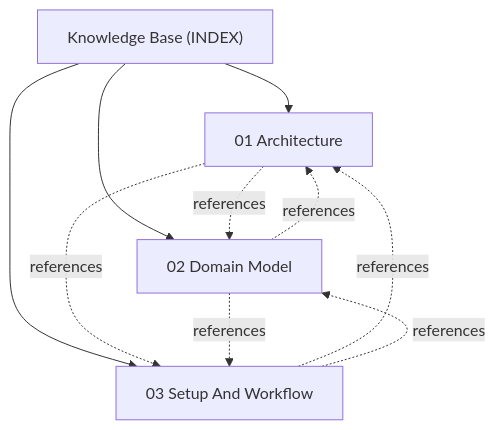
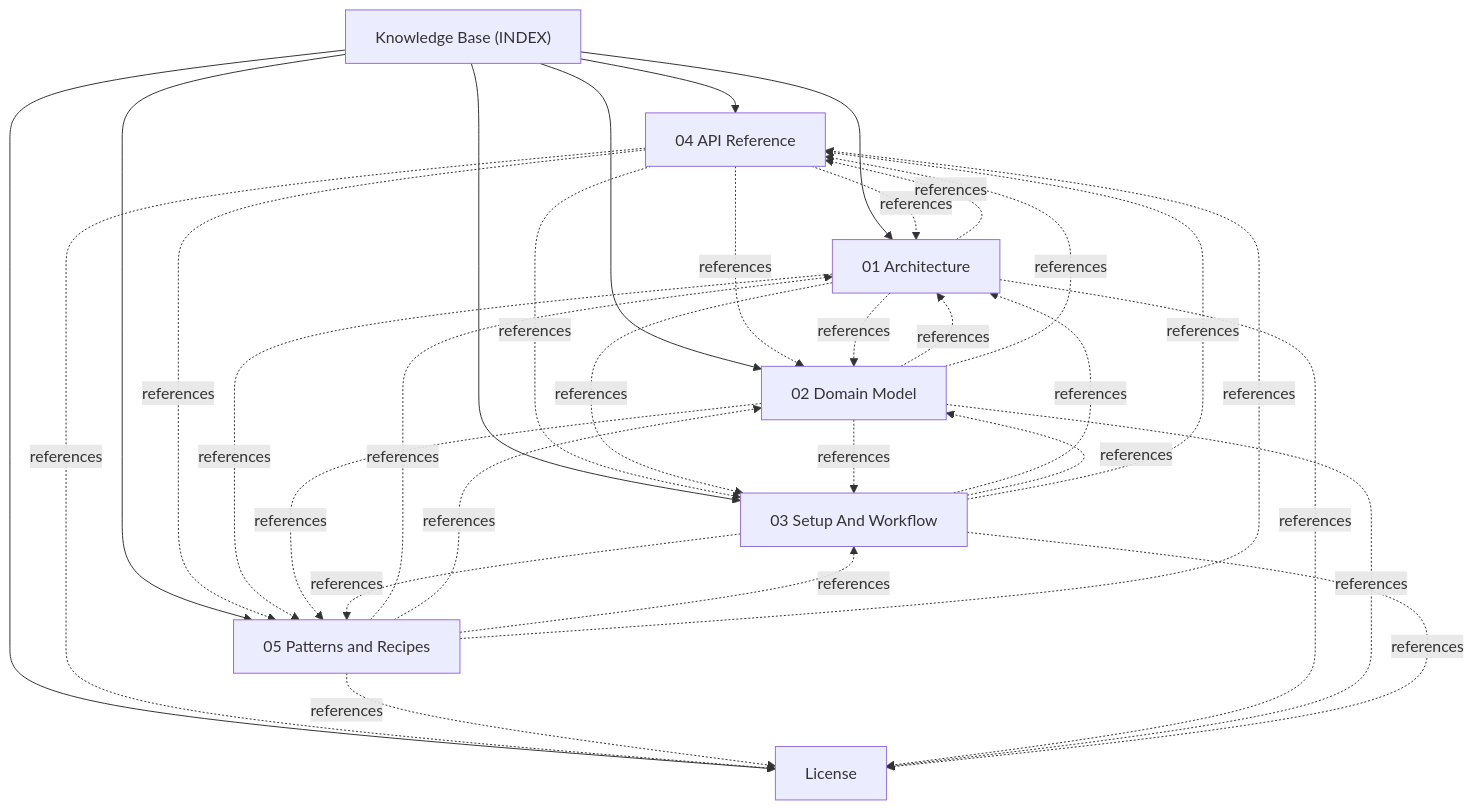
The diagram in docs/INDEX.md (actdim/utico), drawn with Mermaid before and after one commit. The commit also changed other lines of this file and 4 other files, not shown here.

````diff
--- a/docs/INDEX.md
+++ b/docs/INDEX.md
@@ -17,16 +17,41 @@
 ```mermaid
 flowchart TD
     INDEX["Knowledge Base (INDEX)"]
+    T_04_API_REFERENCE["04 API Reference"]
+    INDEX --> T_04_API_REFERENCE
+    T_05_PATTERNS_AND_RECIPES["05 Patterns and Recipes"]
+    INDEX --> T_05_PATTERNS_AND_RECIPES
     T_ARCHITECTURE["01 Architecture"]
     INDEX --> T_ARCHITECTURE
     T_DOMAIN_MODEL["02 Domain Model"]
     INDEX --> T_DOMAIN_MODEL
+    T_LICENSE["License"]
+    INDEX --> T_LICENSE
     T_SETUP_AND_WORKFLOW["03 Setup And Workflow"]
     INDEX --> T_SETUP_AND_WORKFLOW
+    T_04_API_REFERENCE -.->|references| T_ARCHITECTURE
+    T_04_API_REFERENCE -.->|references| T_DOMAIN_MODEL
+    T_04_API_REFERENCE -.->|references| T_SETUP_AND_WORKFLOW
+    T_04_API_REFERENCE -.->|references| T_05_PATTERNS_AND_RECIPES
+    T_04_API_REFERENCE -.->|references| T_LICENSE
+    T_05_PATTERNS_AND_RECIPES -.->|references| T_ARCHITECTURE
+    T_05_PATTERNS_AND_RECIPES -.->|references| T_DOMAIN_MODEL
+    T_05_PATTERNS_AND_RECIPES -.->|references| T_SETUP_AND_WORKFLOW
+    T_05_PATTERNS_AND_RECIPES -.->|references| T_04_API_REFERENCE
+    T_05_PATTERNS_AND_RECIPES -.->|references| T_LICENSE
     T_ARCHITECTURE -.->|references| T_DOMAIN_MODEL
     T_ARCHITECTURE -.->|references| T_SETUP_AND_WORKFLOW
+    T_ARCHITECTURE -.->|references| T_04_API_REFERENCE
+    T_ARCHITECTURE -.->|references| T_05_PATTERNS_AND_RECIPES
+    T_ARCHITECTURE -.->|references| T_LICENSE
     T_DOMAIN_MODEL -.->|references| T_ARCHITECTURE
     T_DOMAIN_MODEL -.->|references| T_SETUP_AND_WORKFLOW
+    T_DOMAIN_MODEL -.->|references| T_04_API_REFERENCE
+    T_DOMAIN_MODEL -.->|references| T_05_PATTERNS_AND_RECIPES
+    T_DOMAIN_MODEL -.->|references| T_LICENSE
     T_SETUP_AND_WORKFLOW -.->|references| T_ARCHITECTURE
     T_SETUP_AND_WORKFLOW -.->|references| T_DOMAIN_MODEL
+    T_SETUP_AND_WORKFLOW -.->|references| T_04_API_REFERENCE
+    T_SETUP_AND_WORKFLOW -.->|references| T_05_PATTERNS_AND_RECIPES
+    T_SETUP_AND_WORKFLOW -.->|references| T_LICENSE
 ```
````
